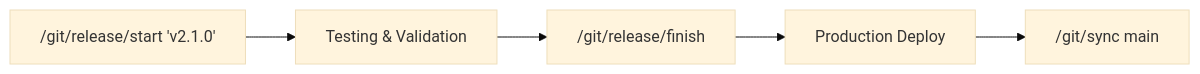
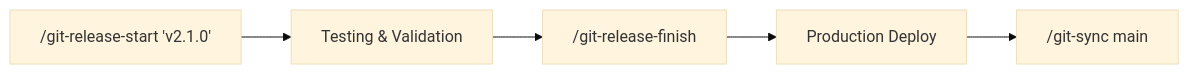
The third of 5 diagrams in .cursor/skills/git-readme/SKILL.md (marciocar/onion-cursor), drawn with Mermaid (base theme) before and after one commit. The commit also changed other lines of this file and 239 other files, not shown here.

````diff
--- a/.cursor/skills/git-readme/SKILL.md
+++ b/.cursor/skills/git-readme/SKILL.md
@@ -190,7 +190,7 @@
 ```mermaid
 flowchart LR
-    A["/git/release/start 'v2.1.0'"] --> B["Testing & Validation"]
-    B --> C["/git/release/finish"]
+    A["/git-release-start 'v2.1.0'"] --> B["Testing & Validation"]
+    B --> C["/git-release-finish"]
     C --> D["Production Deploy"]
-    D --> E["/git/sync main"]
+    D --> E["/git-sync main"]
 ```
````
